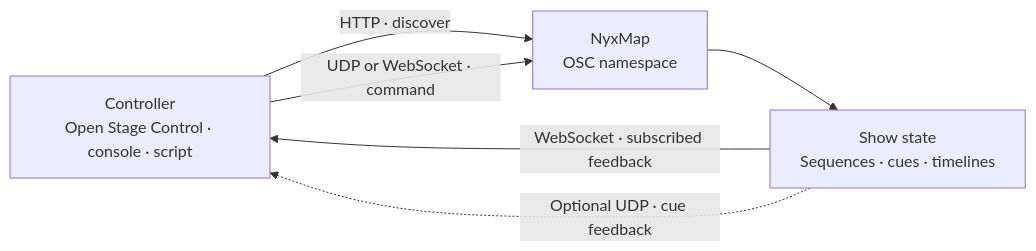
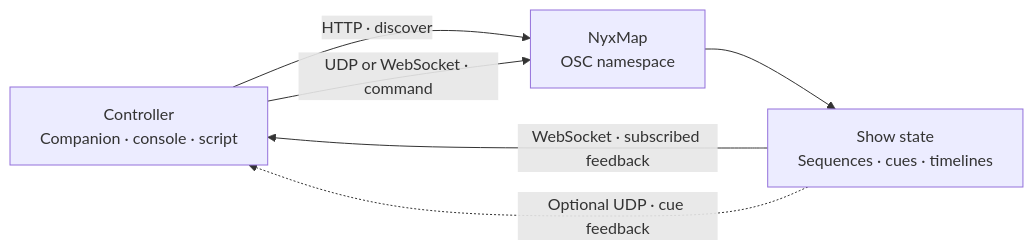
Before and after one commit to PixelStereo/NyxMap: the diagram in docs/osc.md, drawn with Mermaid. The commit also changed other lines of this file and 49 other files, not shown here.

First line of the commit message:
Show Control: a tab and a web page at /show; Companion module in every release; no more Open Stage Control

````diff
--- a/docs/osc.md
+++ b/docs/osc.md
@@ -25,11 +25,11 @@
 ```mermaid
 flowchart LR
-    C["Controller<br/>Open Stage Control · console · script"]
+    C["Controller<br/>Companion · console · script"]
     P["NyxMap<br/>OSC namespace"]
     S["Show state<br/>Sequences · cues · timelines"]
     C -->|"HTTP · discover"| P
     C -->|"UDP or WebSocket · command"| P
     P --> S
     S -->|"WebSocket · subscribed feedback"| C
     S -.->|"Optional UDP · cue feedback"| C
 ```
````
